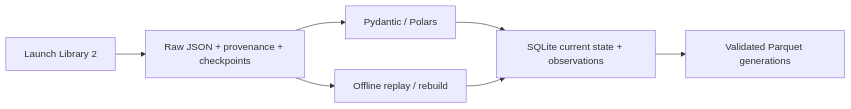
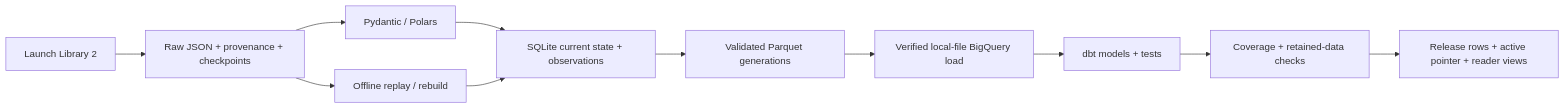
One commit to RM3006/orbital-pulse changed the diagram in README.md. Above: the diagram before and after it, drawn with Mermaid. The commit also changed other lines of this file and 8 other files, not shown here.

````diff
--- a/README.md
+++ b/README.md
@@ -13,9 +13,13 @@
 ```mermaid
 flowchart LR
     LL2[Launch Library 2] --> Raw[Raw JSON + provenance + checkpoints]
     Raw --> Parse[Pydantic / Polars]
     Parse --> State[SQLite current state + observations]
     State --> Tables[Validated Parquet generations]
     Raw --> Replay[Offline replay / rebuild]
     Replay --> State
+    Tables --> Load[Verified local-file BigQuery load]
+    Load --> dbt[dbt models + tests]
+    dbt --> Gate[Coverage + retained-data checks]
+    Gate --> Release[Release rows + active pointer + reader views]
 ```
````
